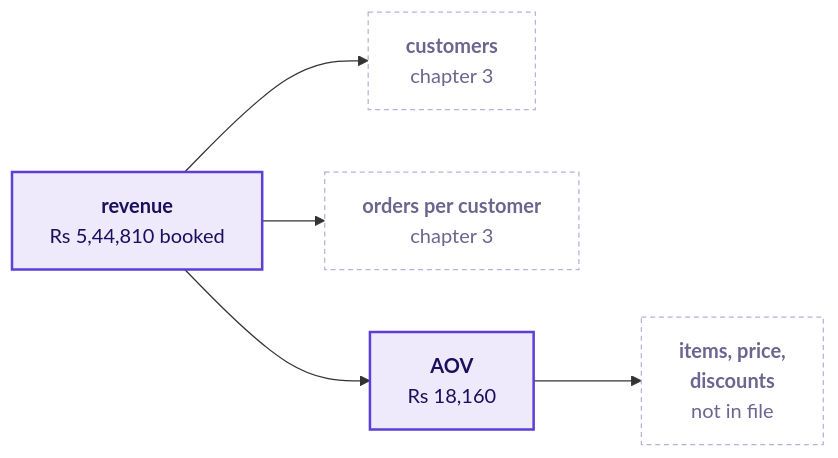
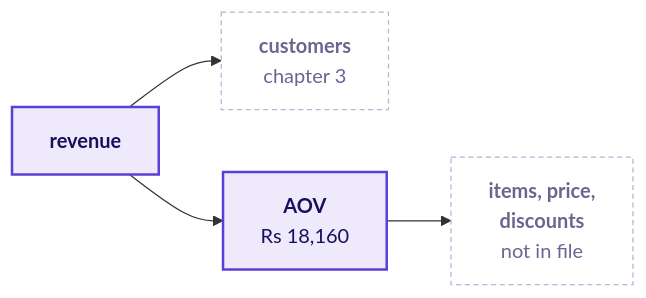
One commit to fde-academy-lab/c2-content-factory changed diagram 14 of 18 in content/W01/D1/slides/C2_W01_D01_half1_STUDENT.md. Above: the diagram before and after it, drawn with Mermaid. The commit also changed other lines of this file and 39 other files, not shown here.

First line of the commit message:
W01 D1 depth loop passes 4 and 5: plan sized on the everyday orders, identity check on the orders the revenue covers, payback on the segment mean, one escalated post shape, minutes to 30 per chapter, matching and ordering items, section numerals on the covers, language fixes

````diff
--- a/content/W01/D1/slides/C2_W01_D01_half1_STUDENT.md
+++ b/content/W01/D1/slides/C2_W01_D01_half1_STUDENT.md
@@ -733,11 +729,10 @@
 ```mermaid
 flowchart LR
-    R["<b>revenue</b><br/>Rs 5,44,810 booked"] --> C["<b>customers</b><br/>chapter 3"]
-    R --> F["<b>orders per customer</b><br/>chapter 3"]
+    R["<b>revenue</b>"] --> C["<b>customers</b><br/>chapter 3"]
     R --> A["<b>AOV</b><br/>Rs 18,160"]
     A --> I["<b>items, price,<br/>discounts</b><br/>not in file"]
     classDef known fill:#EEEAFB,stroke:#5B3FD6,color:#1A0F5C,stroke-width:2px
     classDef unknown fill:#FFFFFF,stroke:#B8B2D6,color:#6B6690,stroke-dasharray:4 3
     class R,A known
-    class C,F,I unknown
+    class C,I unknown
 ```
````
